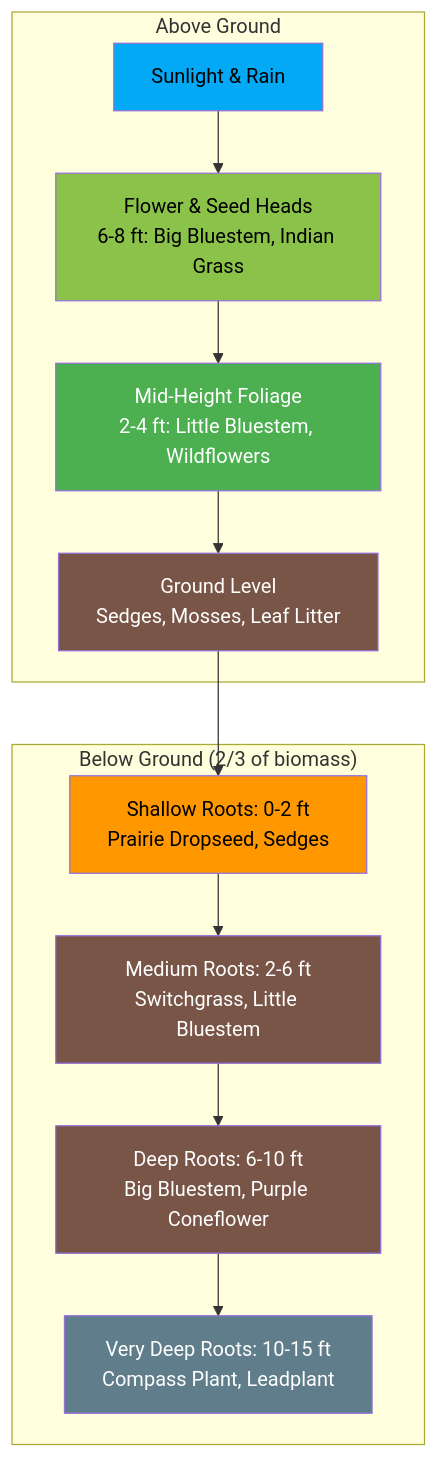
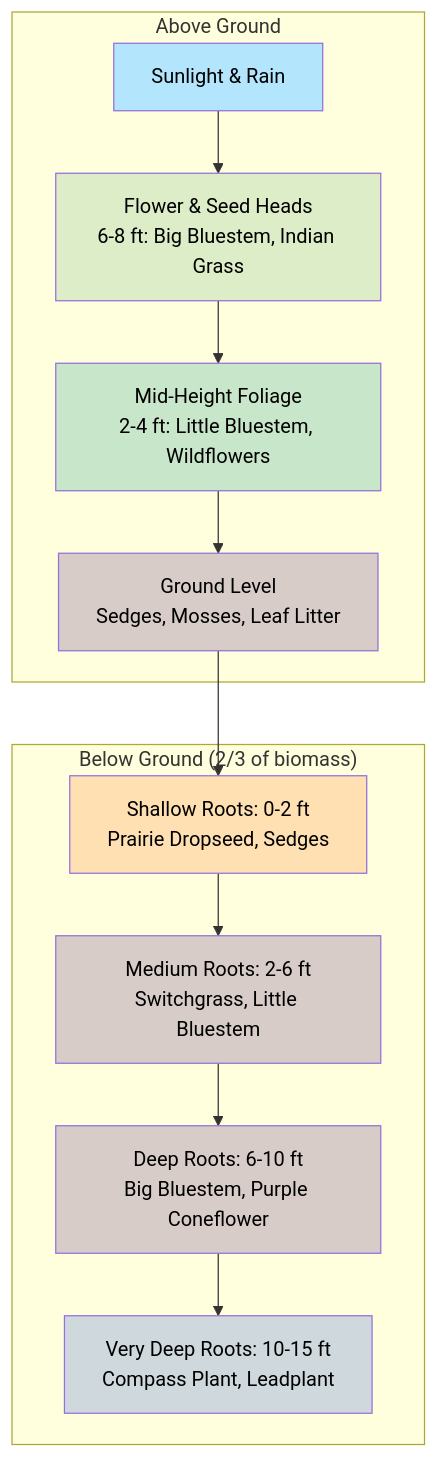
The first of 2 diagrams in docs/chapters/03-prairie-plants-grasslands/index.md (arunbatchu/minnesota-native-plants), drawn with Mermaid before and after one commit. The commit also changed other lines of this file and 10 other files, not shown here.

First line of the commit message:
Switch Mermaid diagrams to pastel palette — black text on light backgrounds

````diff
--- a/docs/chapters/03-prairie-plants-grasslands/index.md
+++ b/docs/chapters/03-prairie-plants-grasslands/index.md
@@ -347,27 +347,27 @@
 ```mermaid
 flowchart TD
     subgraph above["Above Ground"]
         SKY["Sunlight & Rain"]
         CANOPY["Flower & Seed Heads<br/>6-8 ft: Big Bluestem, Indian Grass"]
         MID["Mid-Height Foliage<br/>2-4 ft: Little Bluestem, Wildflowers"]
         GROUND["Ground Level<br/>Sedges, Mosses, Leaf Litter"]
     end
     subgraph below["Below Ground (2/3 of biomass)"]
         SHALLOW["Shallow Roots: 0-2 ft<br/>Prairie Dropseed, Sedges"]
         MEDIUM["Medium Roots: 2-6 ft<br/>Switchgrass, Little Bluestem"]
         DEEP["Deep Roots: 6-10 ft<br/>Big Bluestem, Purple Coneflower"]
         VDEEP["Very Deep Roots: 10-15 ft<br/>Compass Plant, Leadplant"]
     end
 
     SKY --> CANOPY --> MID --> GROUND
     GROUND --> SHALLOW --> MEDIUM --> DEEP --> VDEEP
 
-    style SKY fill:#03A9F4,color:#000
-    style CANOPY fill:#8BC34A,color:#000
-    style MID fill:#4CAF50,color:#fff
-    style GROUND fill:#795548,color:#fff
-    style SHALLOW fill:#FF9800,color:#000
-    style MEDIUM fill:#795548,color:#fff
-    style DEEP fill:#795548,color:#fff
-    style VDEEP fill:#607D8B,color:#fff
+    style SKY fill:#B3E5FC,color:#000
+    style CANOPY fill:#DCEDC8,color:#000
+    style MID fill:#C8E6C9,color:#000
+    style GROUND fill:#D7CCC8,color:#000
+    style SHALLOW fill:#FFE0B2,color:#000
+    style MEDIUM fill:#D7CCC8,color:#000
+    style DEEP fill:#D7CCC8,color:#000
+    style VDEEP fill:#CFD8DC,color:#000
 ```
````
